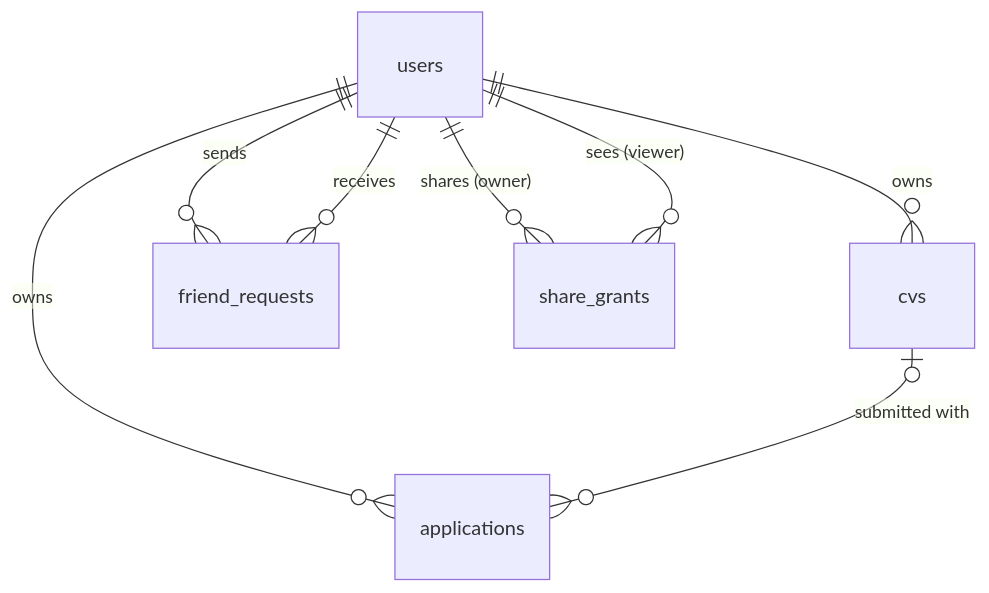
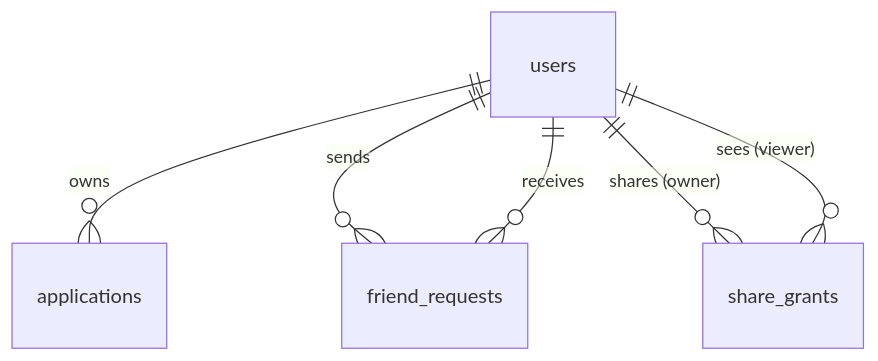
The diagram in README.md (TimChiz/internship-tracker), drawn with Mermaid before and after one commit. The commit also changed other lines of this file, not shown here.

````diff
--- a/README.md
+++ b/README.md
@@ -22,10 +21,8 @@
 ```mermaid
 erDiagram
     users ||--o{ applications : owns
-    users ||--o{ cvs : owns
-    cvs |o--o{ applications : "submitted with"
     users ||--o{ friend_requests : sends
     users ||--o{ friend_requests : receives
     users ||--o{ share_grants : "shares (owner)"
     users ||--o{ share_grants : "sees (viewer)"
 ```
````
